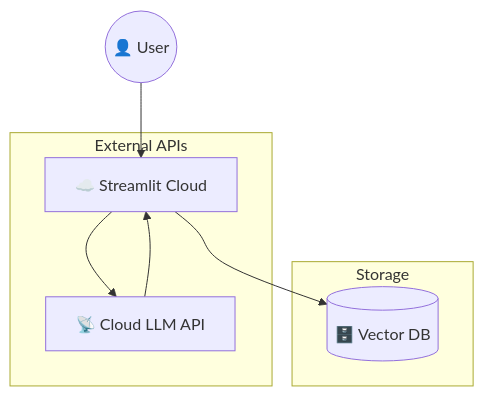
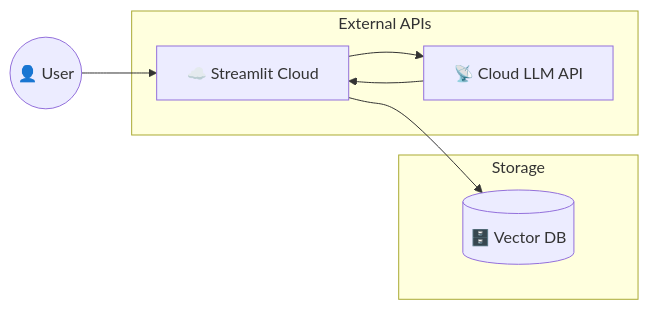
Before and after one commit to nonDuck3/pilat_ai_assistant: the fourth of 4 diagrams in README.md, drawn with Mermaid. The commit also changed other lines of this file, not shown here.

````diff
--- a/README.md
+++ b/README.md
@@ -94,14 +94,14 @@
 ``` mermaid
-graph TD
+graph LR
     User((👤 User)) --> CloudUI[☁️ Streamlit Cloud]
     
     subgraph "External APIs"
     CloudUI --> API[📡 Cloud LLM API]
     end
 
     subgraph "Storage"
     CloudUI --> VDB[(🗄️ Vector DB)]
     end
 
     API --> CloudUI
 ```
````
